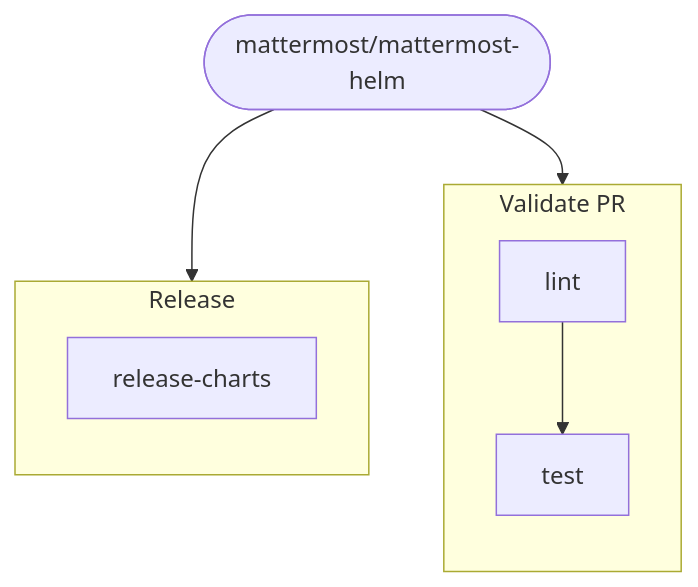
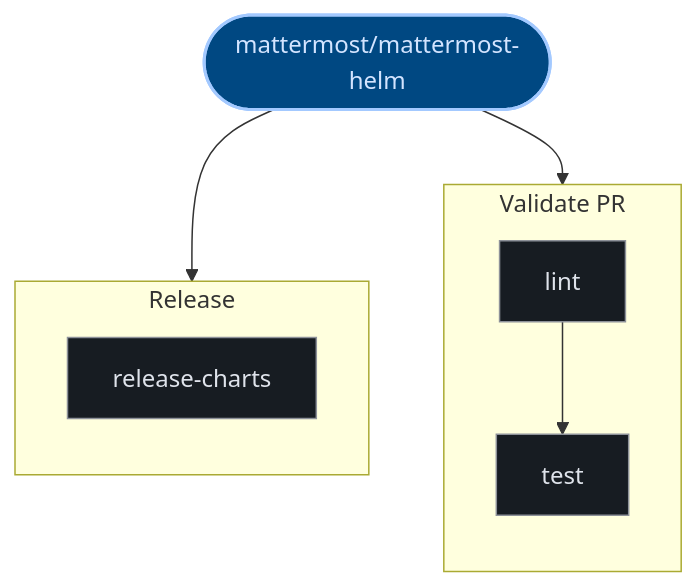
The third of 3 diagrams in exports/latest/reports/mattermost-mattermost-helm-report.md (kumarshaz/atruss-code-atlas), drawn with Mermaid before and after one commit. The commit also changed other lines of this file and 331 other files, not shown here.

Commit message:
docs,ui,fix: update SDLC docs, reorder CI/CD DAG first, stylize Mermaid, and fix Arc42 pipeline topology

````diff
--- a/exports/latest/reports/mattermost-mattermost-helm-report.md
+++ b/exports/latest/reports/mattermost-mattermost-helm-report.md
@@ -202,16 +213,23 @@
 ```mermaid
 graph TD;
-  pipeline_root(["mattermost/mattermost-helm"])
+  classDef atlasRoot fill:#004882,stroke:#a3c9ff,stroke-width:2px,color:#d3e4ff
+  classDef atlasCategory fill:#212428,stroke:#E87A48,stroke-width:1.5px,color:#dfe3eb
+  classDef atlasWorkflow fill:#1b2026,stroke:#a3c9ff,stroke-width:1.5px,color:#dfe3eb
+  classDef atlasJob fill:#171c22,stroke:#8d9199,stroke-width:1px,color:#dfe3eb
+  classDef atlasTarget fill:#005227,stroke:#8bd99b,stroke-width:1.5px,color:#a7f6b6
+  classDef atlasAlert fill:#93000a,stroke:#ffb4ab,stroke-width:1.5px,color:#ffdad6
+  classDef atlasMore fill:#252a31,stroke:#8d9199,stroke-dasharray:4 4,color:#c3c6cf
+  pipeline_root(["mattermost/mattermost-helm"]):::atlasRoot
   subgraph Validate_PR_0["Validate PR"]
     direction TB
-    0_lint["lint"]
-    0_test["test"]
+    0_lint["lint"]:::atlasJob
+    0_test["test"]:::atlasJob
     0_lint --> 0_test
   end
   pipeline_root --> 0_lint
   subgraph Release_1["Release"]
     direction TB
-    1_release_charts["release-charts"]
+    1_release_charts["release-charts"]:::atlasJob
   end
   pipeline_root --> 1_release_charts
 ```
````
